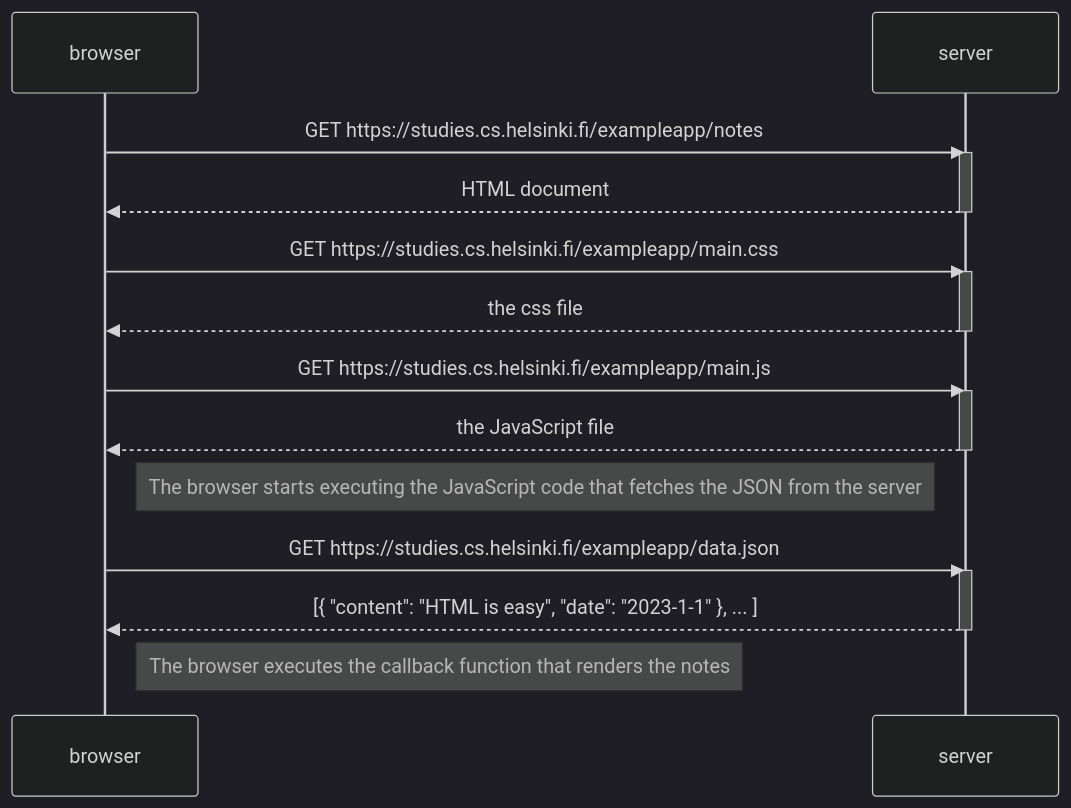
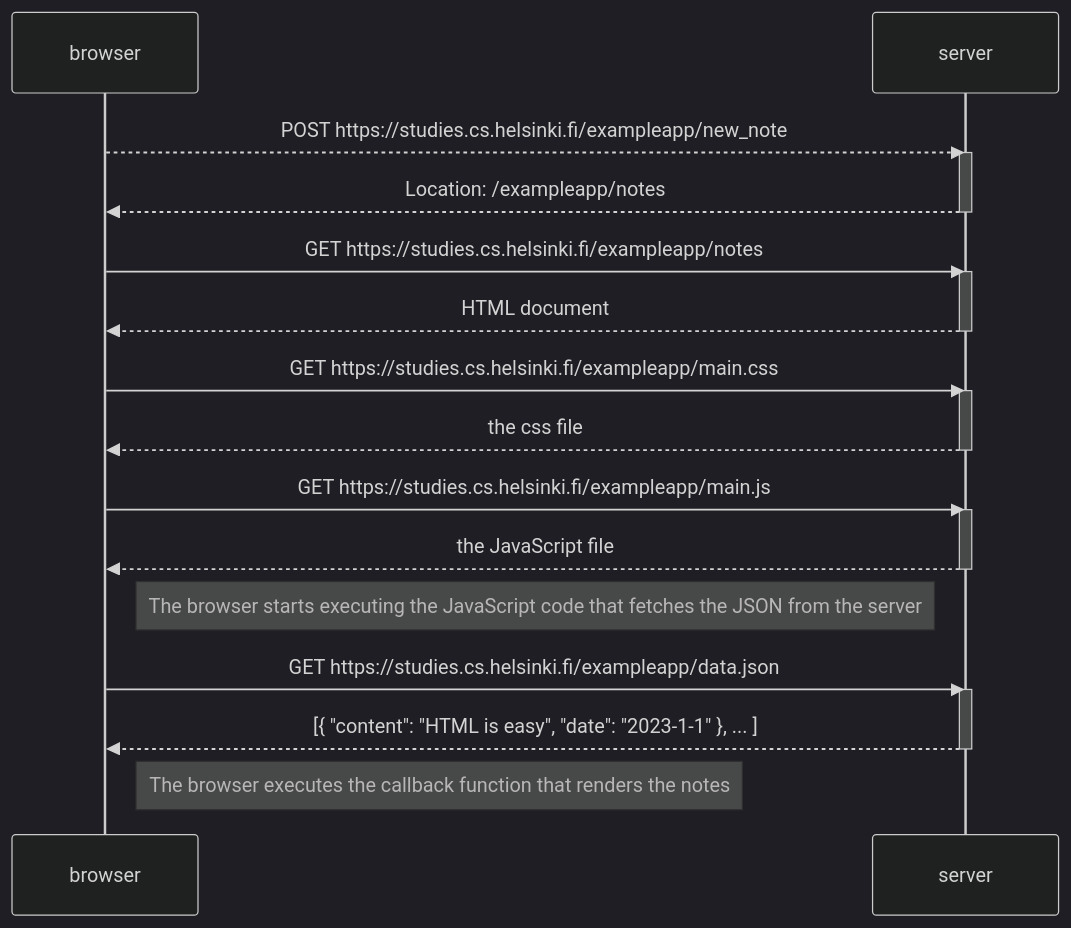
Before and after one commit to Gr701/intro: the diagram in diagram.md, drawn with Mermaid (dark theme).

````diff
--- a/diagram.md
+++ b/diagram.md
@@ -1,28 +1,33 @@
 ```mermaid
     sequenceDiagram
+                
+        browser-->>server: POST https://studies.cs.helsinki.fi/exampleapp/new_note
+        activate server
+        server-->>browser: Location: /exampleapp/notes
+        deactivate server
 
         browser->>server: GET https://studies.cs.helsinki.fi/exampleapp/notes
         activate server
         server-->>browser: HTML document
         deactivate server
     
         browser->>server: GET https://studies.cs.helsinki.fi/exampleapp/main.css
         activate server
         server-->>browser: the css file
         deactivate server
     
         browser->>server: GET https://studies.cs.helsinki.fi/exampleapp/main.js
         activate server
         server-->>browser: the JavaScript file
         deactivate server
     
         Note right of browser: The browser starts executing the JavaScript code that fetches the JSON from the server
     
         browser->>server: GET https://studies.cs.helsinki.fi/exampleapp/data.json
         activate server
         server-->>browser: [{ "content": "HTML is easy", "date": "2023-1-1" }, ... ]
         deactivate server
     
         Note right of browser: The browser executes the callback function that renders the notes
                              
 ```
````
